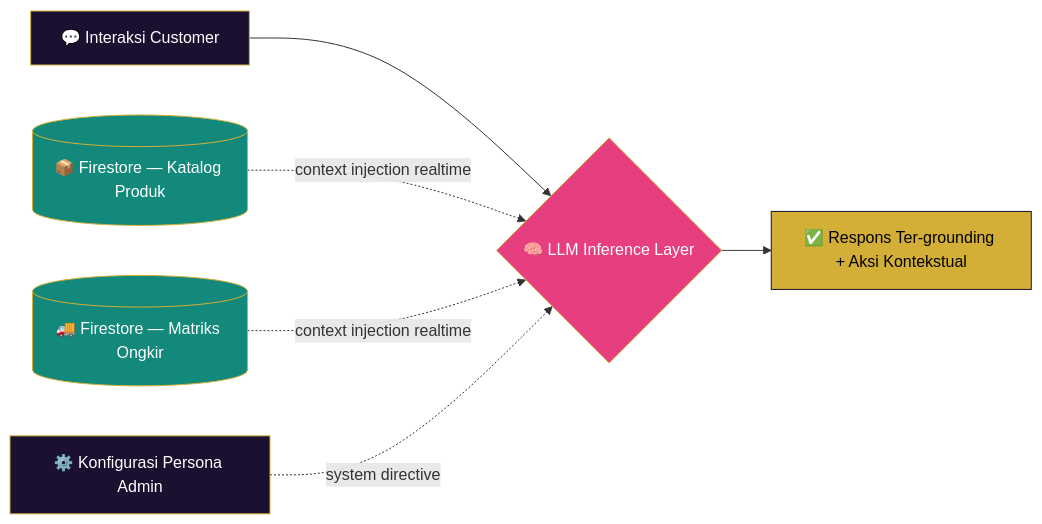
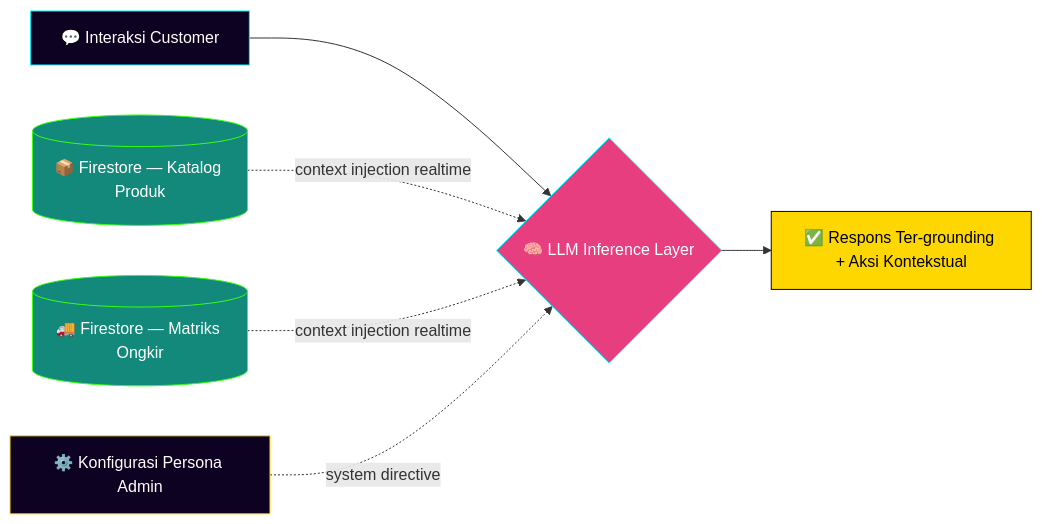
Before and after one commit to riksan762-creator/Riksan-Dropshiper: the first of 2 diagrams in README.md, drawn with Mermaid. The commit also changed other lines of this file, not shown here.

````diff
--- a/README.md
+++ b/README.md
@@ -95,15 +109,15 @@
 ```mermaid
 graph LR
     A[💬 Interaksi Customer] --> B{🧠 LLM Inference Layer}
     C[(📦 Firestore — Katalog Produk)] -.context injection realtime.-> B
     D[(🚚 Firestore — Matriks Ongkir)] -.context injection realtime.-> B
     E[⚙️ Konfigurasi Persona Admin] -.system directive.-> B
     B --> F[✅ Respons Ter-grounding + Aksi Kontekstual]
 
-    style A fill:#1B1030,stroke:#D4AF37,color:#fff
-    style B fill:#E63E7F,stroke:#D4AF37,color:#fff
-    style C fill:#12897A,stroke:#D4AF37,color:#fff
-    style D fill:#12897A,stroke:#D4AF37,color:#fff
-    style E fill:#1B1030,stroke:#D4AF37,color:#fff
-    style F fill:#D4AF37,stroke:#1B1030,color:#000
+    style A fill:#0D0221,stroke:#00F5FF,color:#fff
+    style B fill:#E63E7F,stroke:#00F5FF,color:#fff
+    style C fill:#12897A,stroke:#39FF14,color:#fff
+    style D fill:#12897A,stroke:#39FF14,color:#fff
+    style E fill:#0D0221,stroke:#FFD700,color:#fff
+    style F fill:#FFD700,stroke:#0D0221,color:#000
 ```
````
